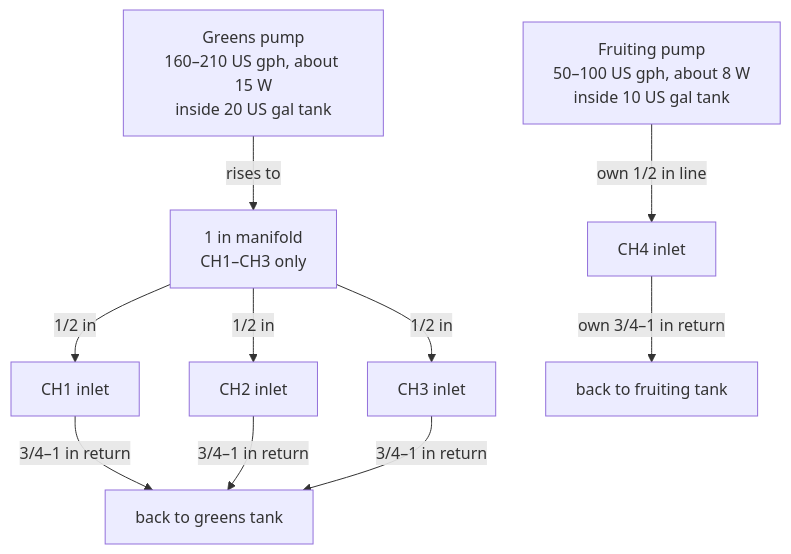
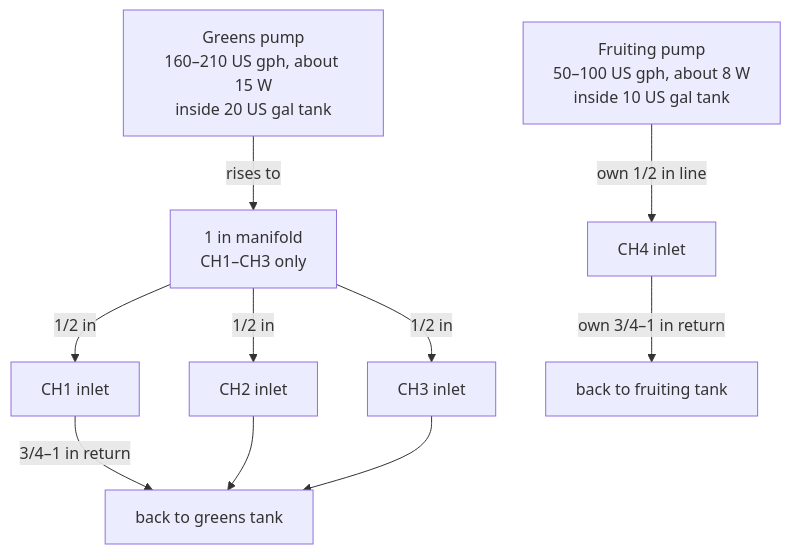
One commit to UncleJS/guide_hydroponics changed the tenth of 17 diagrams in guide/nft/11-build-guide.md. Above: the diagram before and after it, drawn with Mermaid. The commit also changed other lines of this file and 11 other files, not shown here.

````diff
--- a/guide/nft/11-build-guide.md
+++ b/guide/nft/11-build-guide.md
@@ -530,12 +530,14 @@
 ```mermaid
 flowchart TD
     GP["Greens pump<br/>160–210 US gph, about 15 W<br/>inside 20 US gal tank"]
     GP -->|"rises to"| MAN["1 in manifold<br/>CH1–CH3 only"]
     MAN -->|"1/2 in"| CH1["CH1 inlet"]
     MAN -->|"1/2 in"| CH2["CH2 inlet"]
     MAN -->|"1/2 in"| CH3["CH3 inlet"]
-    CH1 & CH2 & CH3 -->|"3/4–1 in return"| GRET["back to greens tank"]
+    CH1 -->|"3/4–1 in return"| GRET["back to greens tank"]
+    CH2 --> GRET
+    CH3 --> GRET
     FP["Fruiting pump<br/>50–100 US gph, about 8 W<br/>inside 10 US gal tank"]
     FP -->|"own 1/2 in line"| CH4["CH4 inlet"]
     CH4 -->|"own 3/4–1 in return"| FRET["back to fruiting tank"]
 ```
````
